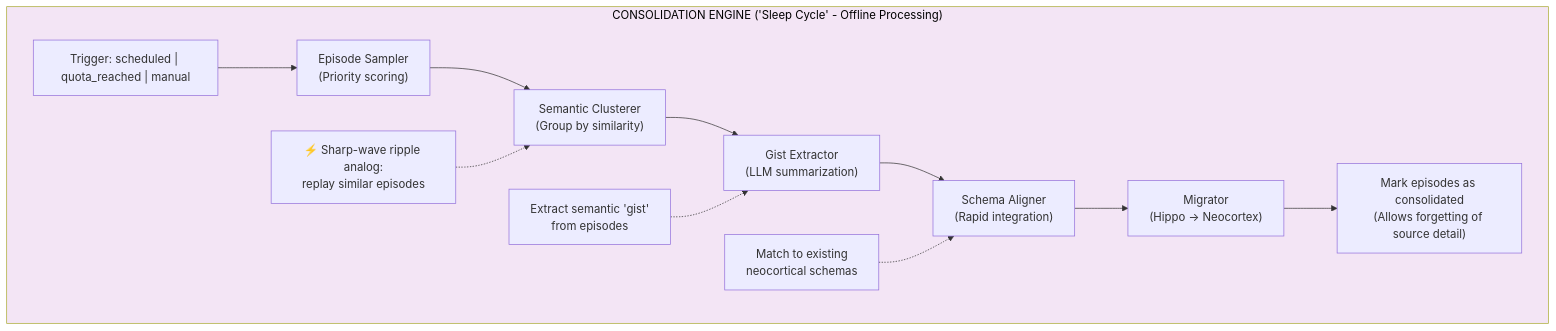
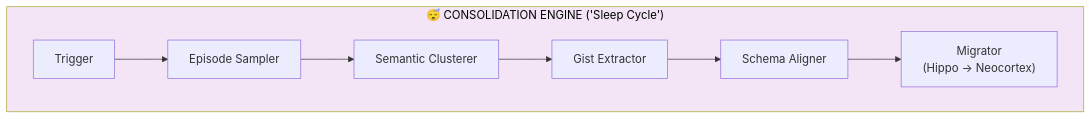
One commit to avinash-mall/CognitiveMemoryLayer changed the eighth of 9 diagrams in README.md. Above: the diagram before and after it, drawn with Mermaid. The commit also changed other lines of this file and 31 other files, not shown here.

Commit message:
fix: mermaid text visibility and quote formatting

````diff
--- a/README.md
+++ b/README.md
@@ -314,15 +349,11 @@
 ```mermaid
 flowchart TB
-    subgraph Consol["CONSOLIDATION ENGINE ('Sleep Cycle' - Offline Processing)"]
-        trigger["Trigger: scheduled | quota_reached | manual"] --> sampler["Episode Sampler<br/>(Priority scoring)"]
-        sampler --> cluster["Semantic Clusterer<br/>(Group by similarity)"]
-        ripple["⚡ Sharp-wave ripple analog:<br/>replay similar episodes"] -.-> cluster
-        cluster --> gist["Gist Extractor<br/>(LLM summarization)"]
-        extract["Extract semantic 'gist'<br/>from episodes"] -.-> gist
-        gist --> schema["Schema Aligner<br/>(Rapid integration)"]
-        match["Match to existing<br/>neocortical schemas"] -.-> schema
+    subgraph Consol["😴 CONSOLIDATION ENGINE ('Sleep Cycle')"]
+        trigger["Trigger"] --> sampler["Episode Sampler"]
+        sampler --> cluster["Semantic Clusterer"]
+        cluster --> gist["Gist Extractor"]
+        gist --> schema["Schema Aligner"]
         schema --> migrator["Migrator<br/>(Hippo → Neocortex)"]
-        migrator --> mark2["Mark episodes as consolidated<br/>(Allows forgetting of source detail)"]
     end
     style Consol fill:#f3e5f5,color:#000
 ```
````
